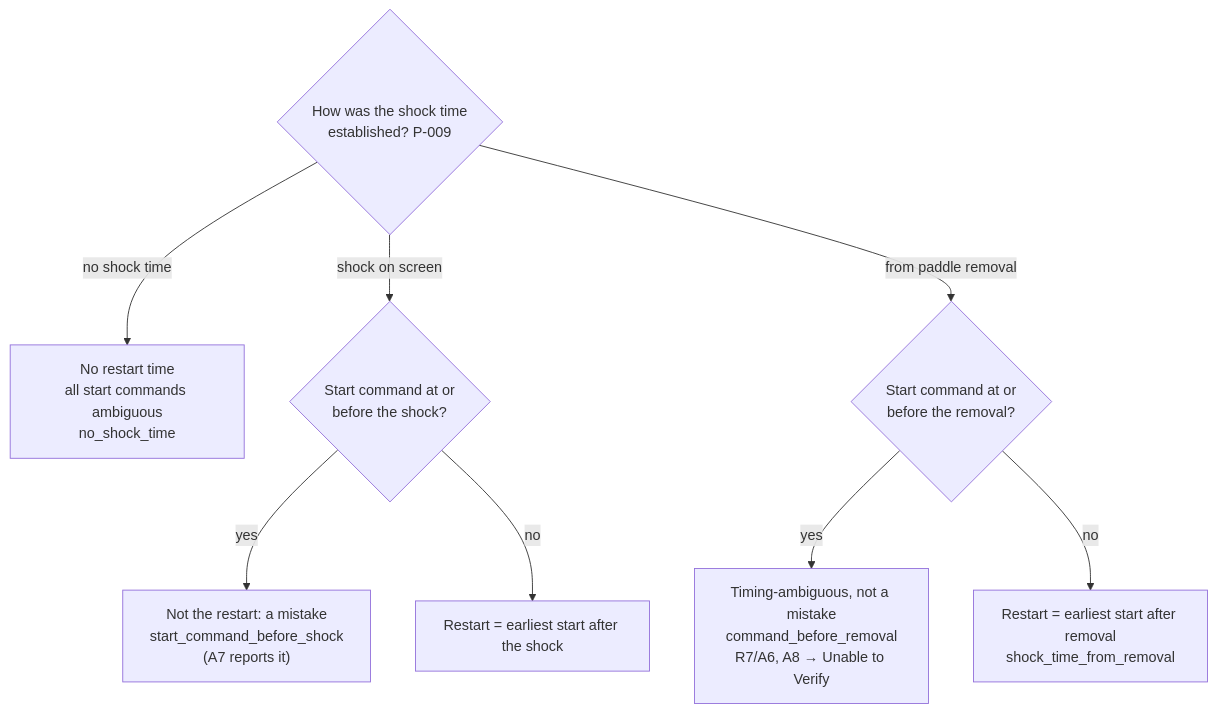
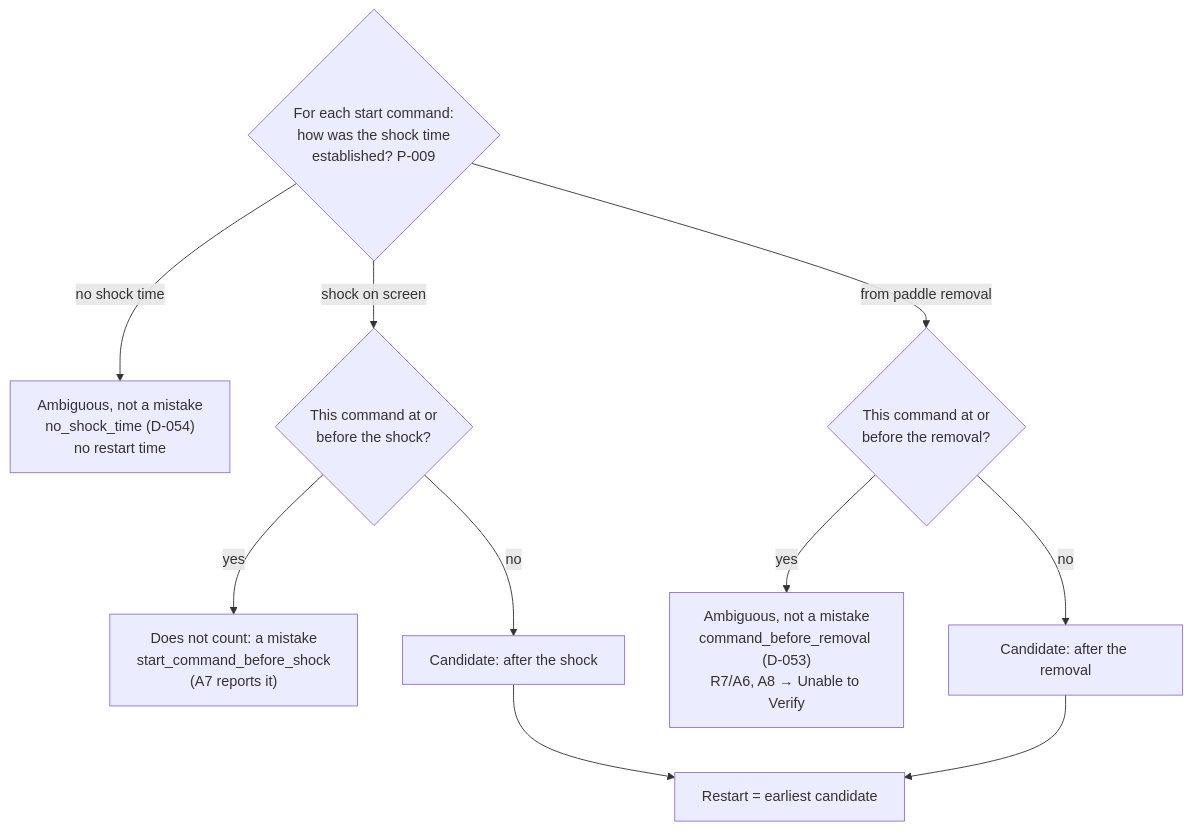
One commit to ananthu65/defibrillator_research changed the sixth of 8 diagrams in docs/rule_engine/diagrams.md. Above: the diagram before and after it, drawn with Mermaid. The commit also changed other lines of this file and 10 other files, not shown here.

First line of the commit message:
fix(rules): correct documented decision logic after diagram review

````diff
--- a/docs/rule_engine/diagrams.md
+++ b/docs/rule_engine/diagrams.md
@@ -114,10 +117,12 @@
 ```mermaid
 flowchart TD
-    K{"How was the shock time<br/>established? P-009"} -->|no shock time| A0["No restart time<br/>all start commands ambiguous<br/>no_shock_time"]
-    K -->|shock on screen| B{"Start command at or<br/>before the shock?"}
-    B -->|yes| B1["Not the restart: a mistake<br/>start_command_before_shock<br/>(A7 reports it)"]
-    B -->|no| RS["Restart = earliest start after the shock"]
-    K -->|from paddle removal| C{"Start command at or<br/>before the removal?"}
-    C -->|yes| C1["Timing-ambiguous, not a mistake<br/>command_before_removal<br/>R7/A6, A8 → Unable to Verify"]
-    C -->|no| RR["Restart = earliest start after removal<br/>shock_time_from_removal"]
+    K{"For each start command:<br/>how was the shock time<br/>established? P-009"} -->|no shock time| A0["Ambiguous, not a mistake<br/>no_shock_time (D-054)<br/>no restart time"]
+    K -->|shock on screen| B{"This command at or<br/>before the shock?"}
+    B -->|yes| B1["Does not count: a mistake<br/>start_command_before_shock<br/>(A7 reports it)"]
+    B -->|no| RS["Candidate: after the shock"]
+    K -->|from paddle removal| C{"This command at or<br/>before the removal?"}
+    C -->|yes| C1["Ambiguous, not a mistake<br/>command_before_removal (D-053)<br/>R7/A6, A8 → Unable to Verify"]
+    C -->|no| RR["Candidate: after the removal"]
+    RS --> E["Restart = earliest candidate"]
+    RR --> E
 ```
````
